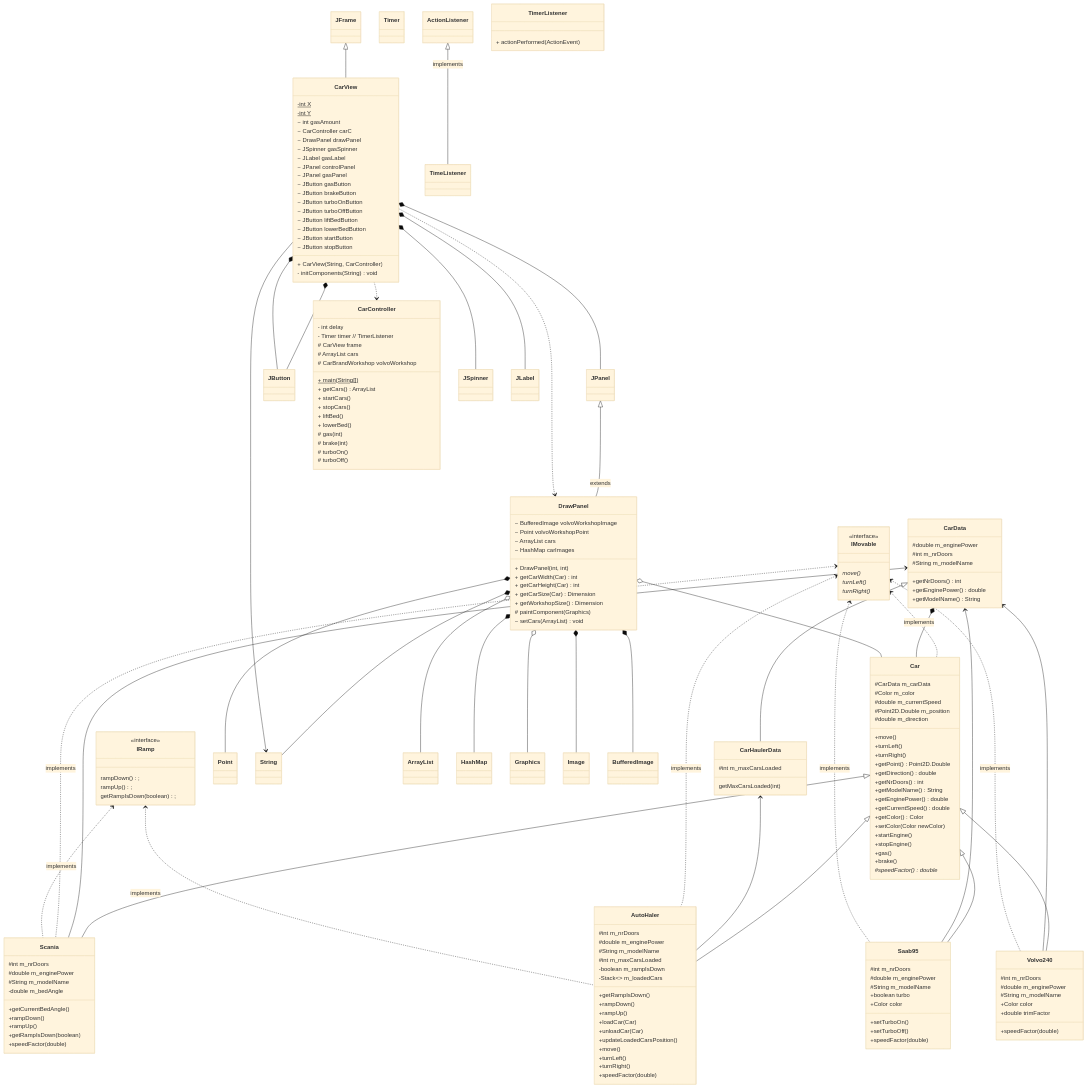
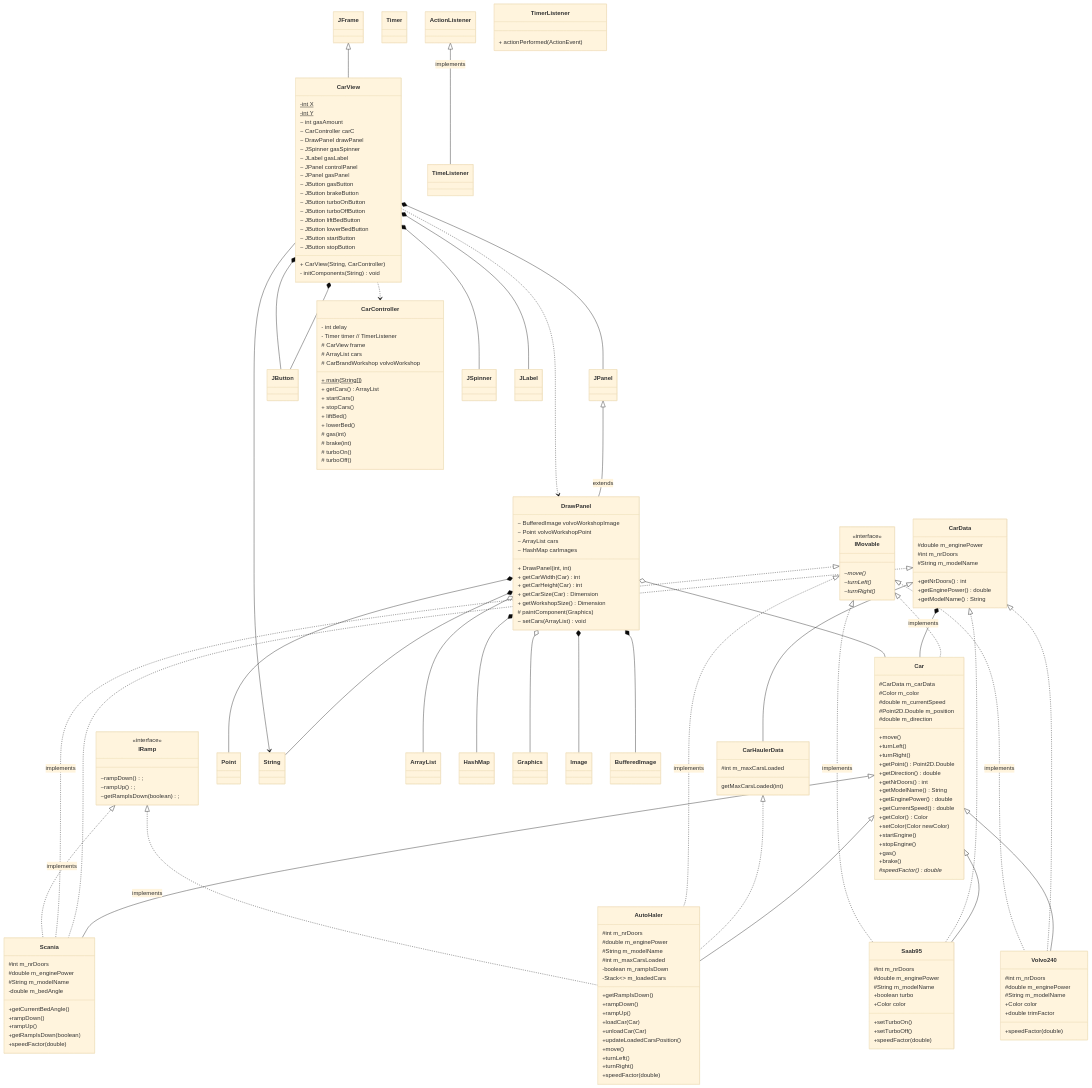
The diagram in uml.md (Faunther/dit954-lab1), drawn with Mermaid (base theme) before and after one commit.

Commit message:
ulm Bilar

```diff
--- a/uml.md
+++ b/uml.md
@@ -22,10 +22,10 @@
 
     CarData <|-- CarHaulerData
 
-    CarData <-- Scania
-    CarData <-- Volvo240
-    CarData <-- Saab95
-    CarHaulerData <-- AutoHaler
+    CarData <|.. Scania
+    CarData <|.. Volvo240
+    CarData <|.. Saab95
+    CarHaulerData <|.. AutoHaler
     
 
     class CarHaulerData{
@@ -46,27 +46,27 @@
     }
 
     class IMovable {
-        move()*
-        turnLeft()*
-        turnRight()*
+        ~move()*
+        ~turnLeft()*
+        ~turnRight()*
     }
 
     class IRamp {
-        rampDown();
-        rampUp();
-        getRampIsDown(boolean);
+        ~rampDown();
+        ~rampUp();
+        ~getRampIsDown(boolean);
     }
     <<interface>> IMovable
-    IMovable <.. Car : implements
-    IMovable <.. Saab95 : implements
-    IMovable <.. Scania : implements
-    IMovable <.. Volvo240 : implements
-    IMovable <.. AutoHaler : implements
+    IMovable <|.. Car : implements
+    IMovable <|.. Saab95 : implements
+    IMovable <|.. Scania : implements
+    IMovable <|.. Volvo240 : implements
+    IMovable <|.. AutoHaler : implements
     CarData *-- Car
 
     <<interface>> IRamp
-    IRamp <.. Scania : implements
-    IRamp <.. AutoHaler : implements
+    IRamp <|.. Scania : implements
+    IRamp <|.. AutoHaler : implements
 
     class Car {
         #CarData m_carData
```
